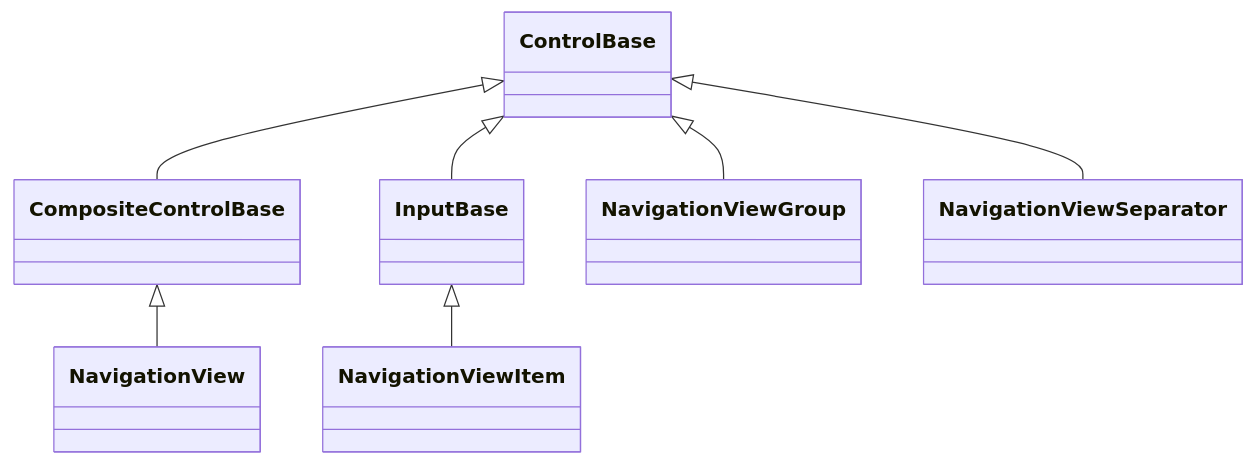
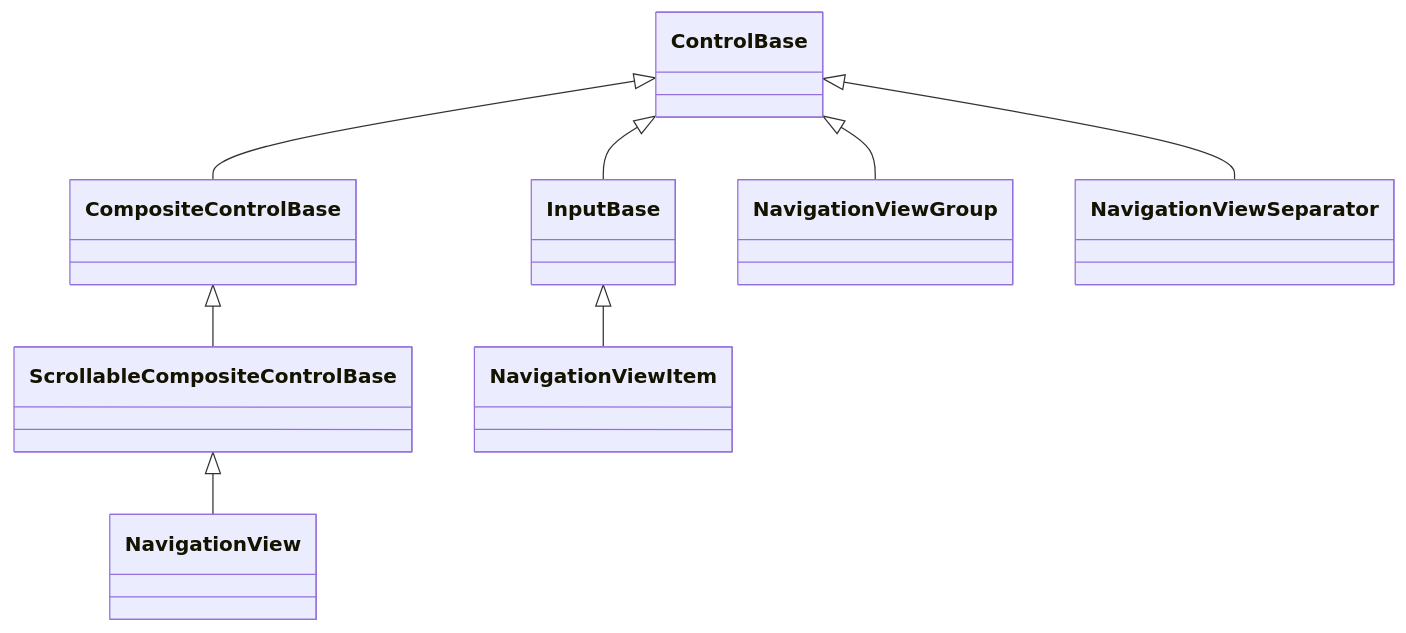
Before and after one commit to pavkam/sharp-vision: the diagram in docs/controls/navigation/navigation-view.md, drawn with Mermaid. The commit also changed other lines of this file and 29 other files, not shown here.

````diff
--- a/docs/controls/navigation/navigation-view.md
+++ b/docs/controls/navigation/navigation-view.md
@@ -29,9 +32,10 @@
 ```mermaid
 classDiagram
     ControlBase <|-- CompositeControlBase
-    CompositeControlBase <|-- NavigationView
+    CompositeControlBase <|-- ScrollableCompositeControlBase
+    ScrollableCompositeControlBase <|-- NavigationView
     ControlBase <|-- InputBase
     InputBase <|-- NavigationViewItem
     ControlBase <|-- NavigationViewGroup
     ControlBase <|-- NavigationViewSeparator
 ```
````
